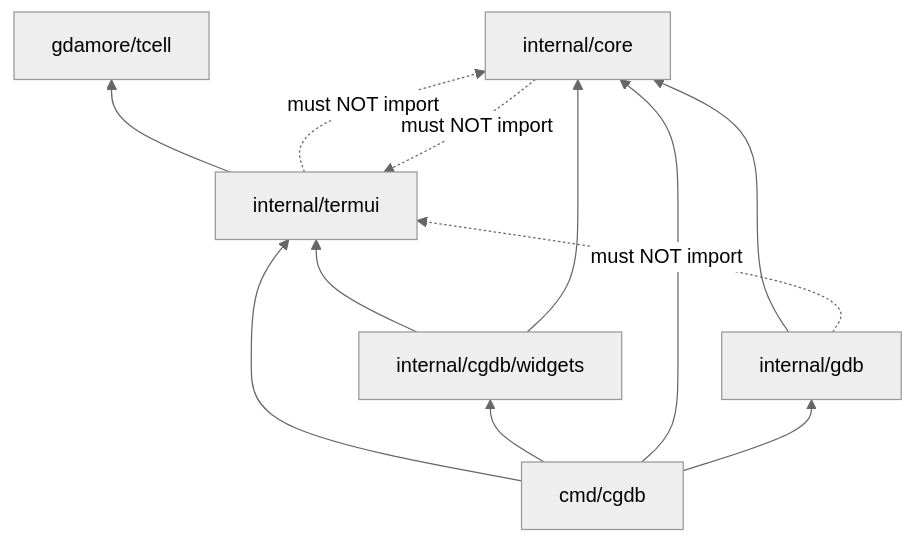
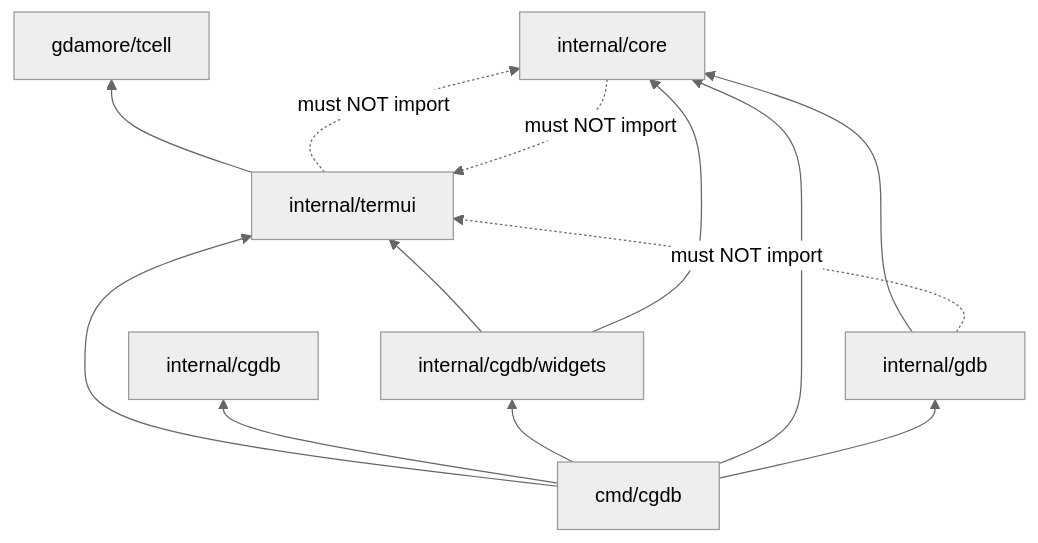
The second of 2 diagrams in docs/DIRECTORY_STRUCTURE.md (yairgd/gdbforge), drawn with Mermaid (neutral theme) before and after one commit. The commit also changed other lines of this file and 18 other files, not shown here.

````diff
--- a/docs/DIRECTORY_STRUCTURE.md
+++ b/docs/DIRECTORY_STRUCTURE.md
@@ -169,23 +174,25 @@
 ```mermaid
 flowchart BT
     tcell["gdamore/tcell"]
     termui["internal/termui"]
+    cgdb_pkg["internal/cgdb"]
     widgets["internal/cgdb/widgets"]
     core["internal/core"]
     gdb["internal/gdb"]
     cgdb_cmd["cmd/cgdb"]
 
     termui --> tcell
     widgets --> termui
     widgets --> core
     gdb --> core
 
     cgdb_cmd --> termui
+    cgdb_cmd --> cgdb_pkg
     cgdb_cmd --> widgets
     cgdb_cmd --> core
     cgdb_cmd --> gdb
 
     gdb -.->|"must NOT import"| termui
     core -.->|"must NOT import"| termui
     termui -.->|"must NOT import"| core
 ```
````
